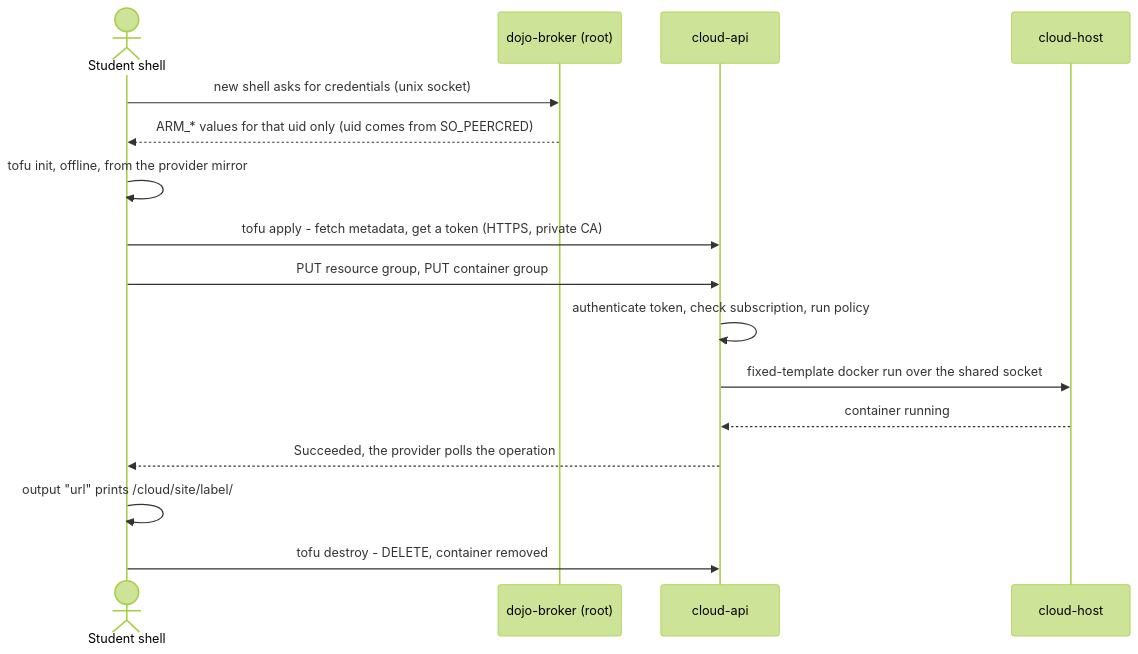
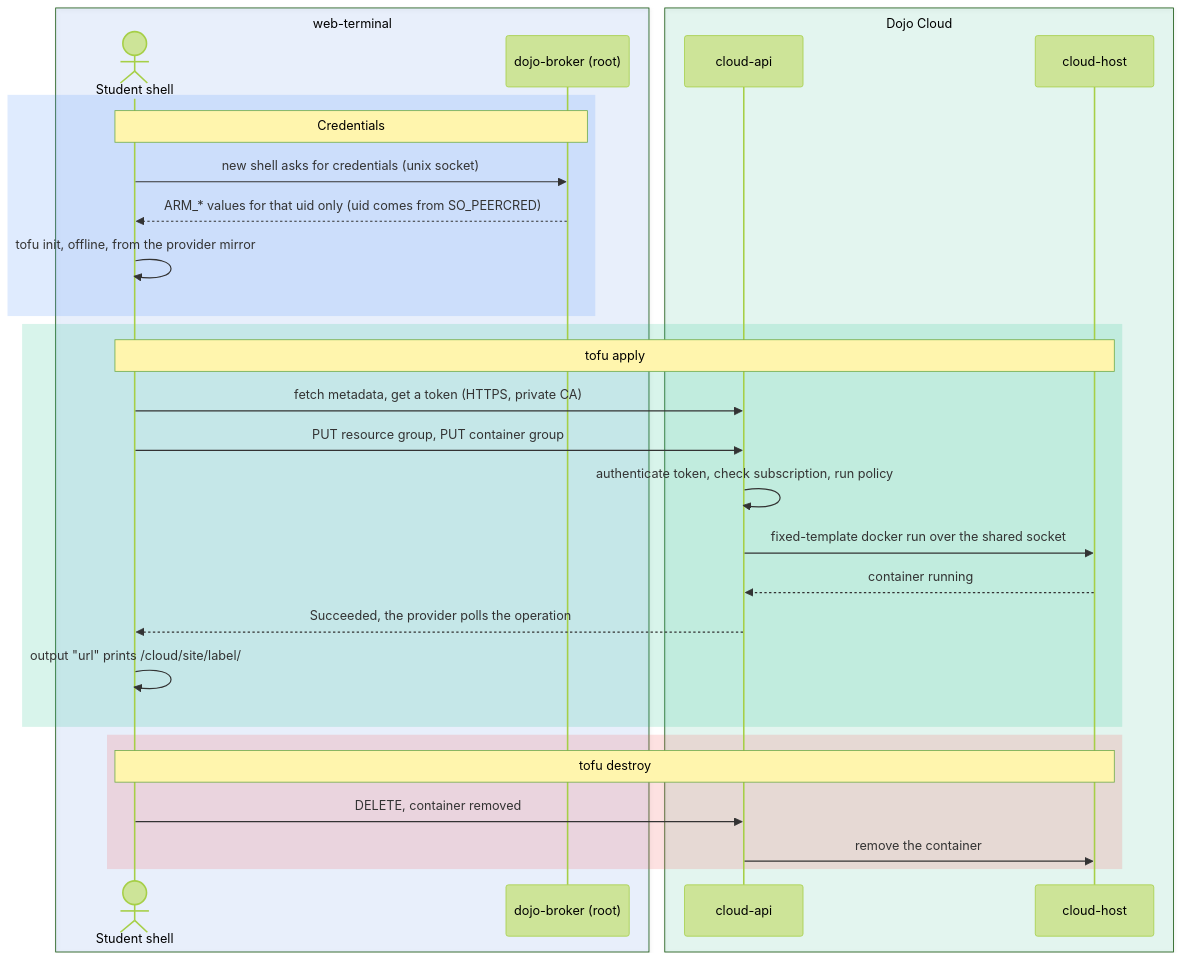
One commit to fiddler110/GitOps_Dojo changed diagram 11 of 11 in README.md. Above: the diagram before and after it, drawn with Mermaid (forest theme). The commit also changed other lines of this file, not shown here.

First line of the commit message:
Colour the README diagrams by role

````diff
--- a/README.md
+++ b/README.md
@@ -517,19 +624,35 @@
 ```mermaid
 sequenceDiagram
+    box rgba(59,130,246,0.1) web-terminal
     actor S as Student shell
     participant BR as dojo-broker (root)
+    end
+    box rgba(16,185,129,0.1) Dojo Cloud
     participant API as cloud-api
     participant HOST as cloud-host
+    end
 
+    rect rgba(59,130,246,0.16)
+    Note over S,BR: Credentials
     S->>BR: new shell asks for credentials (unix socket)
     BR-->>S: ARM_* values for that uid only (uid comes from SO_PEERCRED)
     S->>S: tofu init, offline, from the provider mirror
-    S->>API: tofu apply - fetch metadata, get a token (HTTPS, private CA)
+    end
+
+    rect rgba(16,185,129,0.16)
+    Note over S,HOST: tofu apply
+    S->>API: fetch metadata, get a token (HTTPS, private CA)
     S->>API: PUT resource group, PUT container group
     API->>API: authenticate token, check subscription, run policy
     API->>HOST: fixed-template docker run over the shared socket
     HOST-->>API: container running
     API-->>S: Succeeded, the provider polls the operation
     S->>S: output "url" prints /cloud/site/label/
-    S->>API: tofu destroy - DELETE, container removed
+    end
+
+    rect rgba(239,68,68,0.16)
+    Note over S,HOST: tofu destroy
+    S->>API: DELETE, container removed
+    API->>HOST: remove the container
+    end
 ```
````
